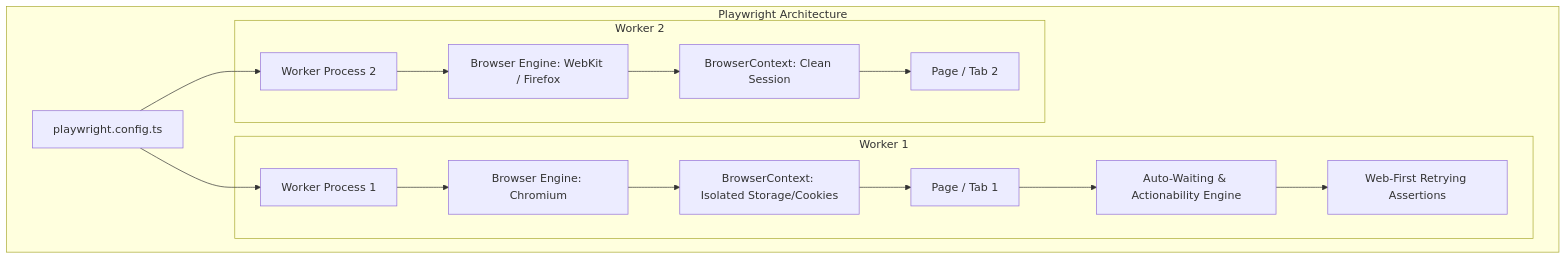
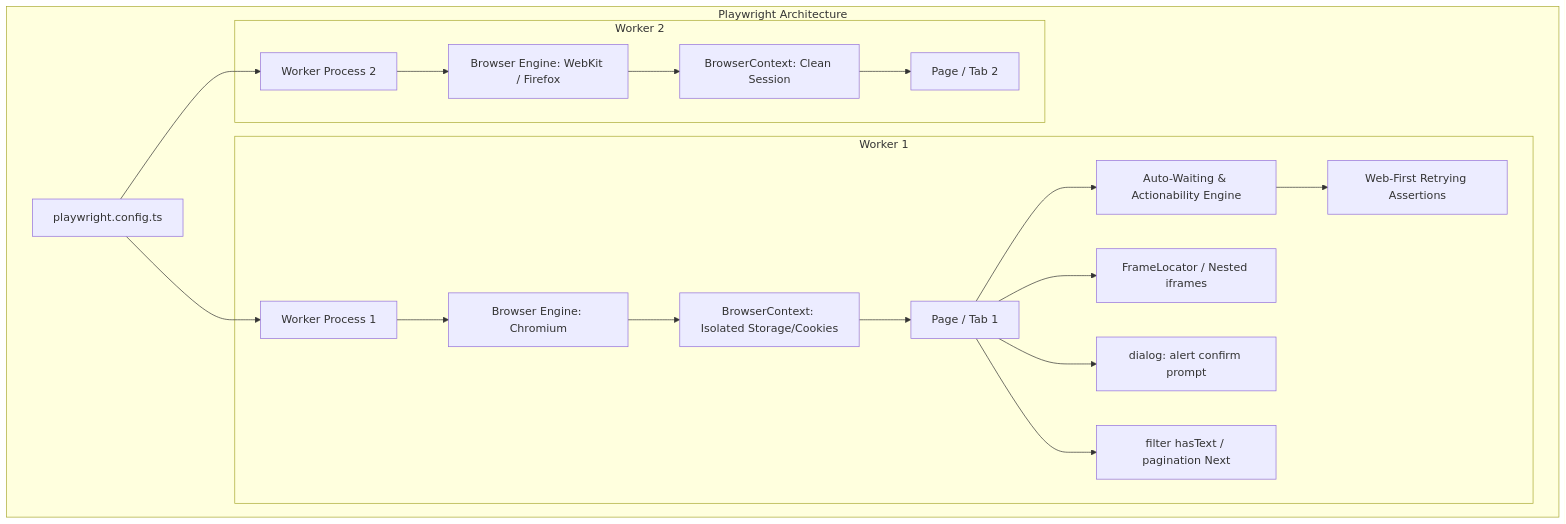
One commit to RajaPriyan-A-Learner/LearningPlaywright3x changed the diagram in IQ_Notes/Chapter_Notes/29/MASTER_Playwright_Fundamentals_IQ.md. Above: the diagram before and after it, drawn with Mermaid. The commit also changed other lines of this file and 44 other files, not shown here.

````diff
--- a/IQ_Notes/Chapter_Notes/29/MASTER_Playwright_Fundamentals_IQ.md
+++ b/IQ_Notes/Chapter_Notes/29/MASTER_Playwright_Fundamentals_IQ.md
@@ -252,21 +282,24 @@
 ```mermaid
 flowchart TD
     subgraph Playwright Architecture
         A[playwright.config.ts] --> B[Worker Process 1]
         A --> C[Worker Process 2]
         
         subgraph Worker 1
             B --> D[Browser Engine: Chromium]
             D --> E[BrowserContext: Isolated Storage/Cookies]
             E --> F[Page / Tab 1]
             F --> G[Auto-Waiting & Actionability Engine]
             G --> H[Web-First Retrying Assertions]
+            F --> FL[FrameLocator / Nested iframes]
+            F --> DG[dialog: alert confirm prompt]
+            F --> TB[filter hasText / pagination Next]
         end
 
         subgraph Worker 2
             C --> I[Browser Engine: WebKit / Firefox]
             I --> J[BrowserContext: Clean Session]
             J --> K[Page / Tab 2]
         end
     end
 ```
````
